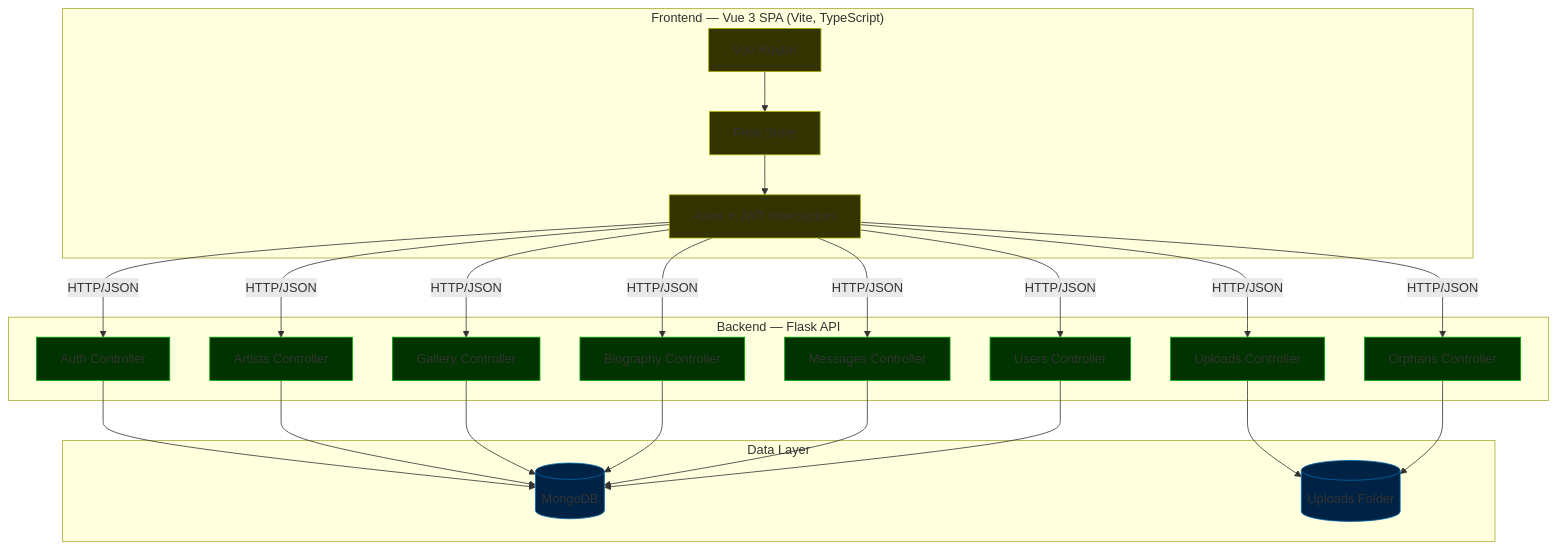
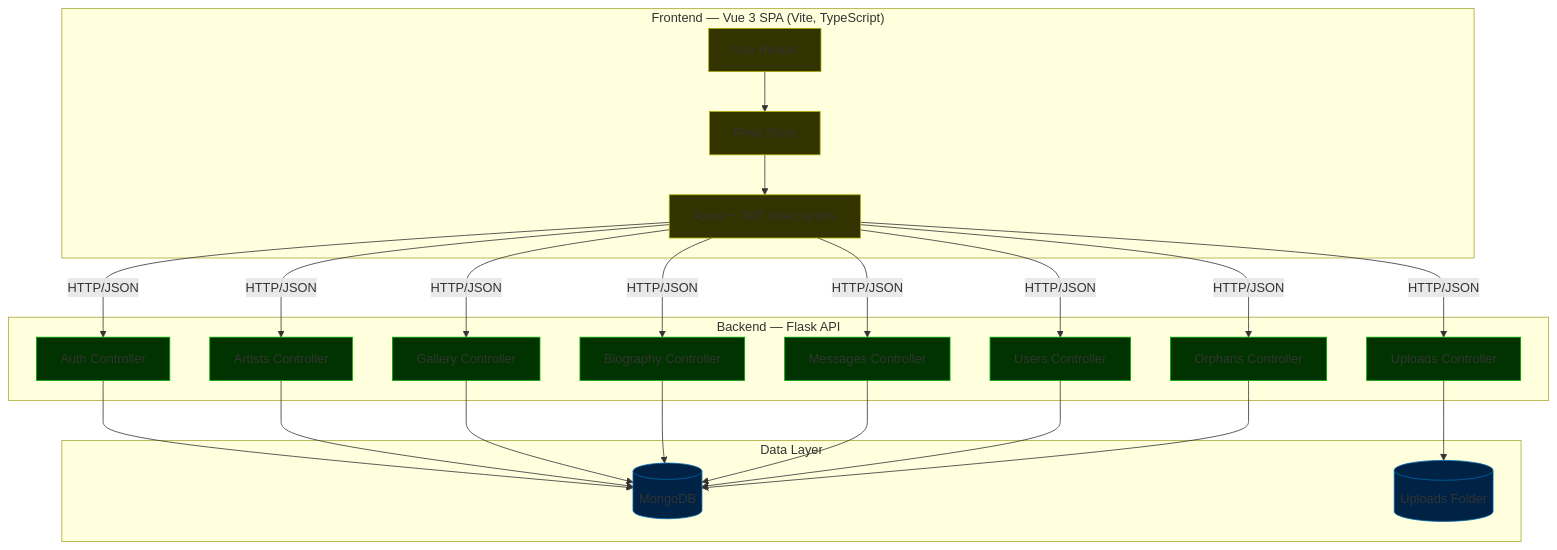
One commit to hakamir/Portfolio-Block-3 changed the first of 8 diagrams in README.md. Above: the diagram before and after it, drawn with Mermaid. The commit also changed other lines of this file and 1 other file, not shown here.

````diff
--- a/README.md
+++ b/README.md
@@ -79,34 +84,34 @@
 ```mermaid
 flowchart TB
     classDef blue fill: #024, stroke: #06a
     classDef yellow fill: #330, stroke: #aa0
     classDef green fill: #030, stroke: #0a0
 
     subgraph Frontend["Frontend — Vue 3 SPA (Vite, TypeScript)"]
         Router[Vue Router]:::yellow
         Pinia[Pinia Store]:::yellow
         Axios[Axios + JWT Interceptors]:::yellow
     end
 
     subgraph Backend["Backend — Flask API"]
         Auth[Auth Controller]:::green
         Artists[Artists Controller]:::green
         Gallery[Gallery Controller]:::green
         Bio[Biography Controller]:::green
         Messages[Messages Controller]:::green
         Uploads[Uploads Controller]:::green
         Orphans[Orphans Controller]:::green
         User[Users Controller]:::green
     end
 
     subgraph Data["Data Layer"]
         Mongo[(MongoDB)]:::blue
         FS[(Uploads Folder)]:::blue
     end
 
     Router --> Pinia
     Pinia --> Axios
     Axios -->|HTTP/JSON| Auth & Artists & Gallery & Bio & Messages & Uploads & Orphans & User
-    Auth & Artists & Gallery & Bio & Messages & User --> Mongo
-    Uploads & Orphans --> FS
+    Auth & Artists & Gallery & Bio & Messages & User & Orphans --> Mongo
+    Uploads --> FS
 ```
````
